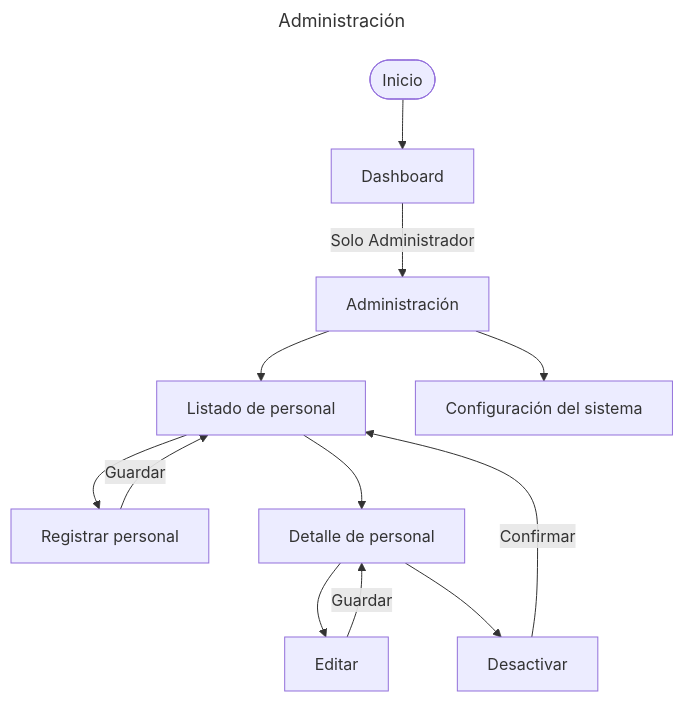
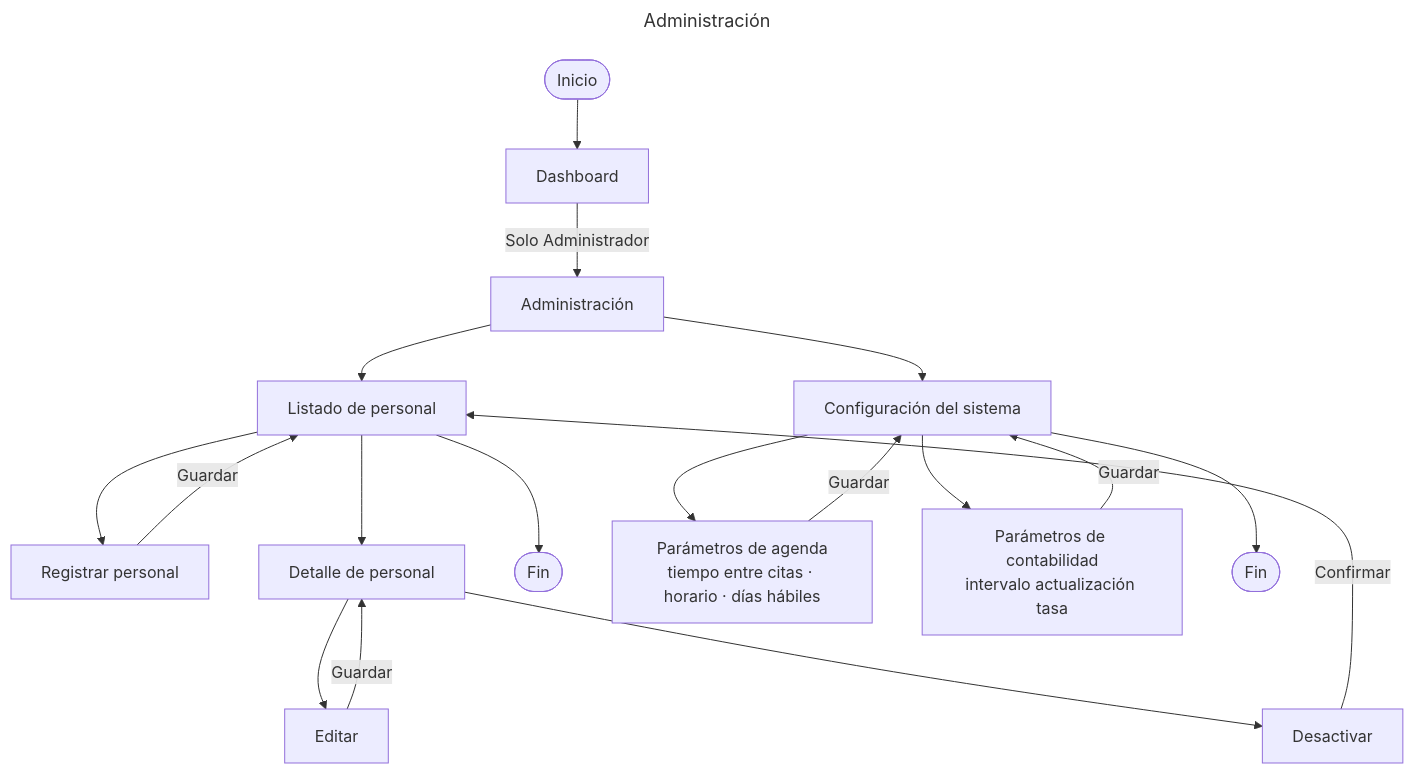
Before and after one commit to DaikoneKisu/san-martin-de-porres-parish-pharmacy-community-service: the diagram in docs/per-module/admin/user-flows/admins.mermaid, drawn with Mermaid. The commit also changed 5 other files, not shown here.

Commit message:
chore: update user flow diagrams for accounting, admin, audit, donation, inventory, and medical modules

```diff
--- a/docs/per-module/admin/user-flows/admins.mermaid
+++ b/docs/per-module/admin/user-flows/admins.mermaid
@@ -1,15 +1,23 @@
 ---
 title: Administración
 ---
 flowchart TD
   S([Inicio]) --> DASH[Dashboard]
   DASH -->|Solo Administrador| ADMIN[Administración]
+
   ADMIN --> PER_LIST[Listado de personal]
   PER_LIST --> PER_NEW[Registrar personal]
   PER_NEW -->|Guardar| PER_LIST
   PER_LIST --> PER_DETAIL[Detalle de personal]
   PER_DETAIL --> PER_EDIT[Editar]
   PER_EDIT -->|Guardar| PER_DETAIL
   PER_DETAIL --> PER_DEACT[Desactivar]
   PER_DEACT -->|Confirmar| PER_LIST
+  PER_LIST --> E1([Fin])
+
   ADMIN --> SYSCONFIG[Configuración del sistema]
+  SYSCONFIG --> CONFIG_AGENDA[Parámetros de agenda<br>tiempo entre citas · horario · días hábiles]
+  SYSCONFIG --> CONFIG_CONT[Parámetros de contabilidad<br>intervalo actualización tasa]
+  CONFIG_AGENDA -->|Guardar| SYSCONFIG
+  CONFIG_CONT -->|Guardar| SYSCONFIG
+  SYSCONFIG --> E2([Fin])
```
